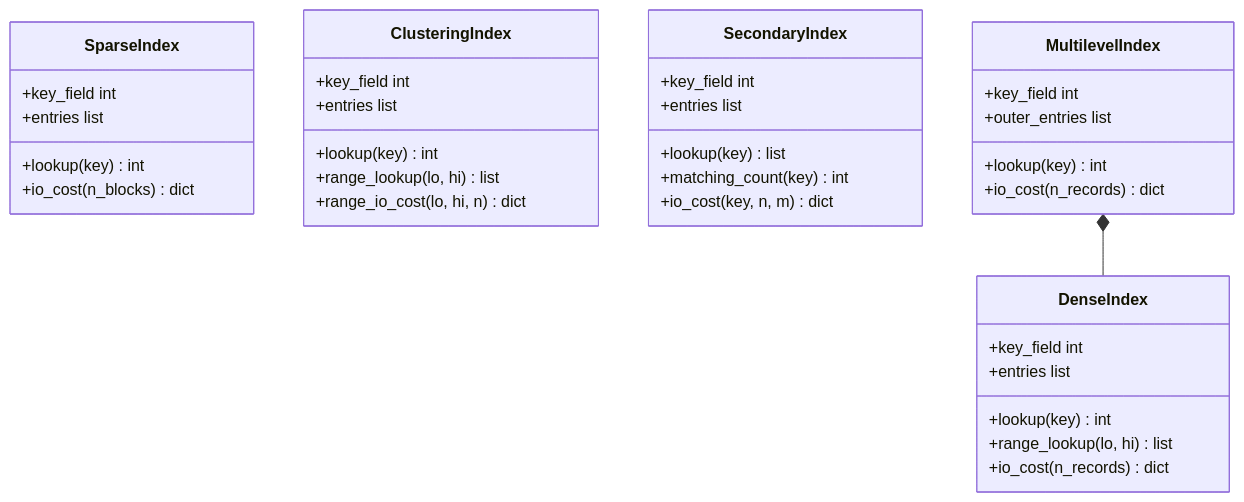
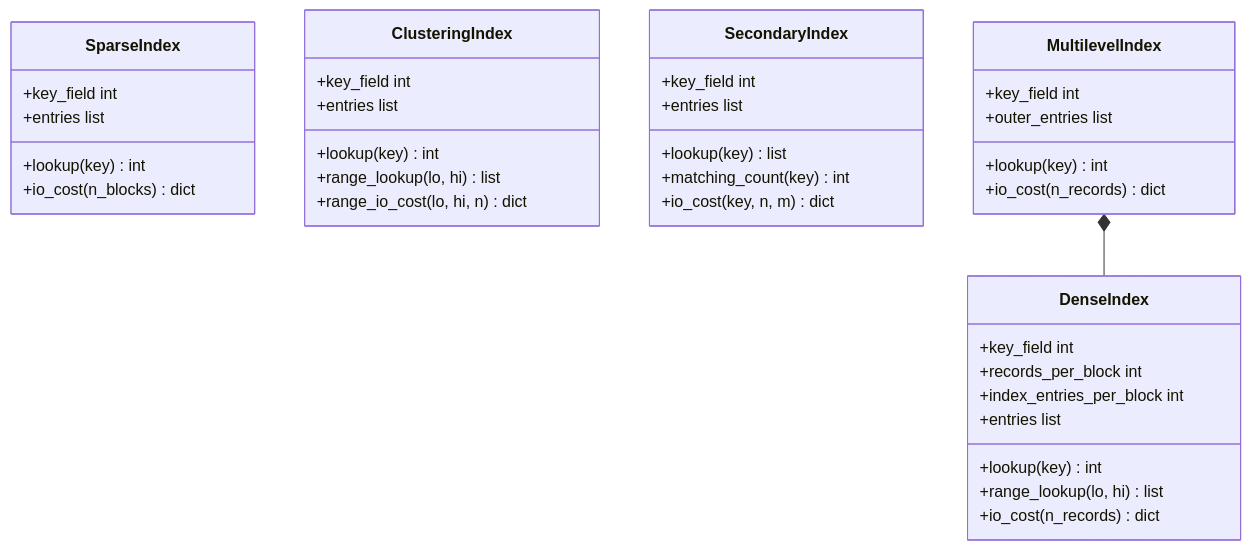
The seventh of 7 diagrams in clases/clase_06/code/README.md (DS-UdeA/2026-1), drawn with Mermaid before and after one commit. The commit also changed other lines of this file, not shown here.

Commit message:
docs(clase_06): actualiza secciones 3.3 y 3.4 con nuevos atributos de DenseIndex
- Actualiza firma de __init__ en tabla de 3.3 con records_per_block e index_entries_per_block
- Agrega ambos atributos al classDiagram de DenseIndex en sección 3.4

````diff
--- a/clases/clase_06/code/README.md
+++ b/clases/clase_06/code/README.md
@@ -663,37 +663,39 @@
 ```mermaid
 classDiagram
     class DenseIndex {
         +key_field int
+        +records_per_block int
+        +index_entries_per_block int
         +entries list
         +lookup(key) int
         +range_lookup(lo, hi) list
         +io_cost(n_records) dict
     }
     class SparseIndex {
         +key_field int
         +entries list
         +lookup(key) int
         +io_cost(n_blocks) dict
     }
     class ClusteringIndex {
         +key_field int
         +entries list
         +lookup(key) int
         +range_lookup(lo, hi) list
         +range_io_cost(lo, hi, n) dict
     }
     class SecondaryIndex {
         +key_field int
         +entries list
         +lookup(key) list
         +matching_count(key) int
         +io_cost(key, n, m) dict
     }
     class MultilevelIndex {
         +key_field int
         +outer_entries list
         +lookup(key) int
         +io_cost(n_records) dict
     }
     MultilevelIndex *-- DenseIndex
 ```
````
